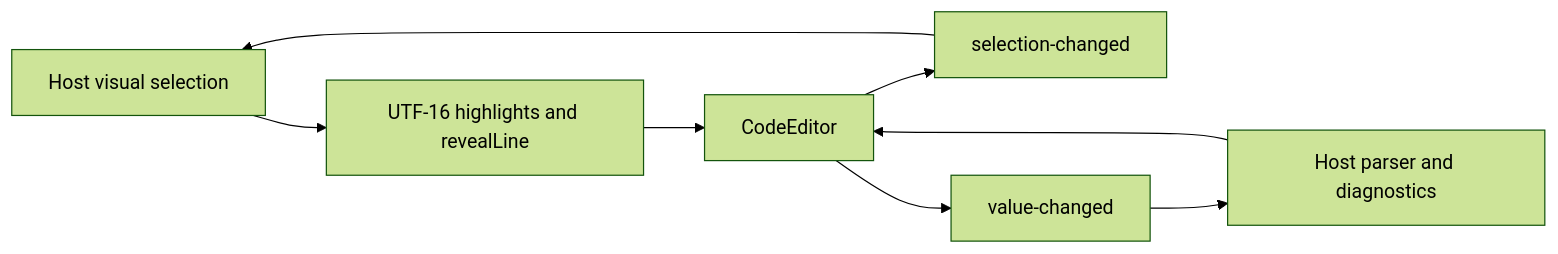
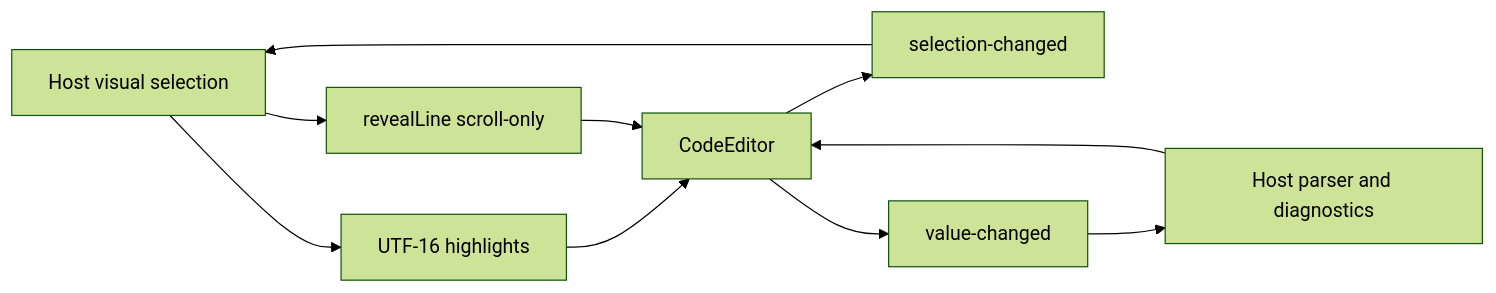
Before and after one commit to unofficialbox/box-open-elements: the diagram in docs/components/code-editor.md, drawn with Mermaid (forest theme). The commit also changed other lines of this file and 2 other files, not shown here.

Commit message:
fix(code-editor): support scroll-only reveal and gutter theming

````diff
--- a/docs/components/code-editor.md
+++ b/docs/components/code-editor.md
@@ -60,10 +67,12 @@
 ```mermaid
 flowchart LR
-  Builder[Host visual selection] --> Ranges[UTF-16 highlights and revealLine]
+  Builder[Host visual selection] --> Ranges[UTF-16 highlights]
+  Builder --> Scroll[revealLine scroll-only]
   Ranges --> Editor[CodeEditor]
+  Scroll --> Editor
   Editor --> Cursor[selection-changed]
   Cursor --> Builder
   Editor --> Text[value-changed]
   Text --> Parser[Host parser and diagnostics]
   Parser --> Editor
 ```
````
